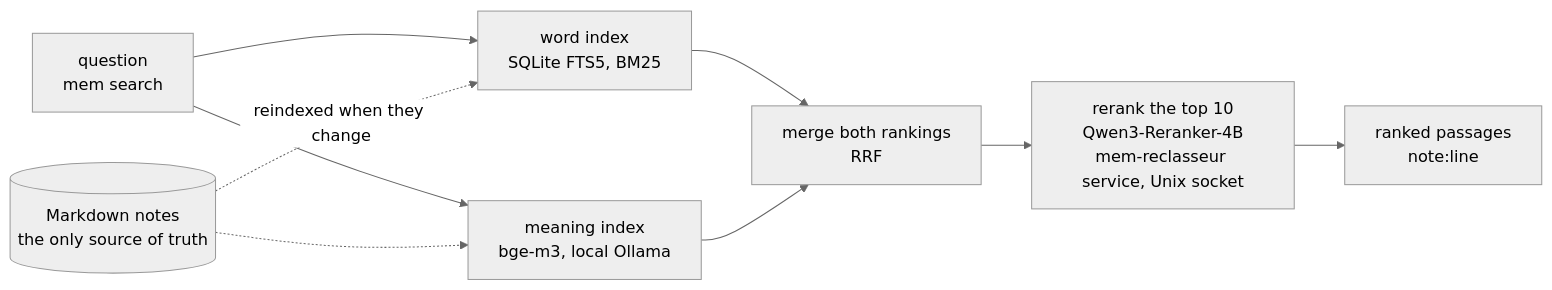
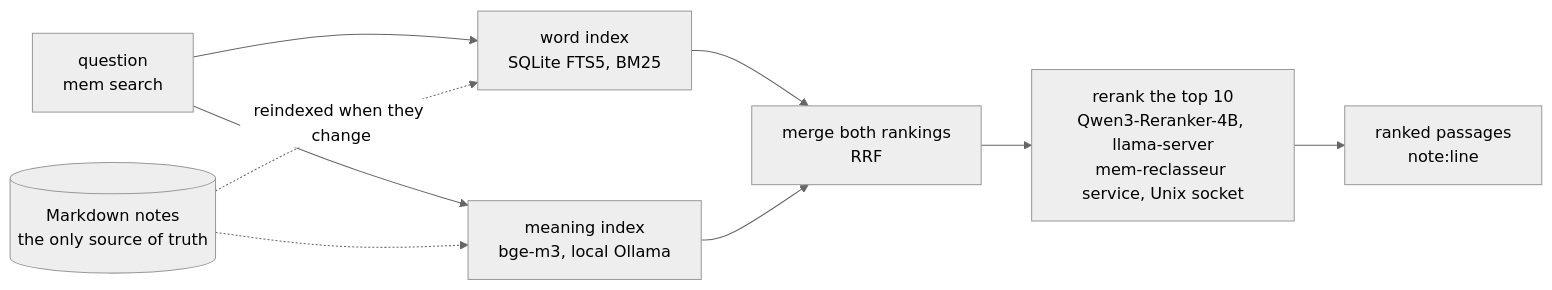
Before and after one commit to drly77/mem-agents: the first of 2 diagrams in README.md, drawn with Mermaid (neutral theme). The commit also changed other lines of this file and 6 other files, not shown here.

Commit message:
reclasseur : installation par llama-server, ancienne méthode Node.js gardée ; README et temps mis à jour

````diff
--- a/README.md
+++ b/README.md
@@ -138,11 +139,11 @@
 ```mermaid
 flowchart LR
   Q["question<br/>mem search"] --> W["word index<br/>SQLite FTS5, BM25"]
   Q --> S["meaning index<br/>bge-m3, local Ollama"]
   W --> F["merge both rankings<br/>RRF"]
   S --> F
-  F --> R["rerank the top 10<br/>Qwen3-Reranker-4B<br/>mem-reclasseur service, Unix socket"]
+  F --> R["rerank the top 10<br/>Qwen3-Reranker-4B, llama-server<br/>mem-reclasseur service, Unix socket"]
   R --> A["ranked passages<br/>note:line"]
   N[("Markdown notes<br/>the only source of truth")] -. "reindexed when they change" .-> W
   N -.-> S
 ```
````
